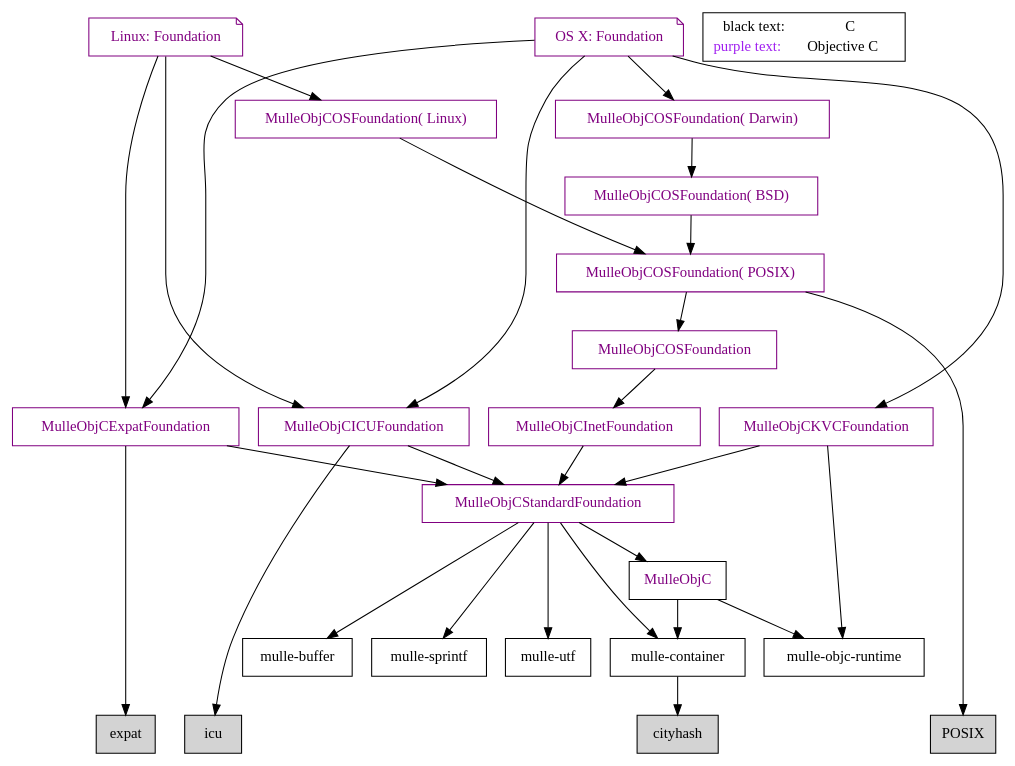
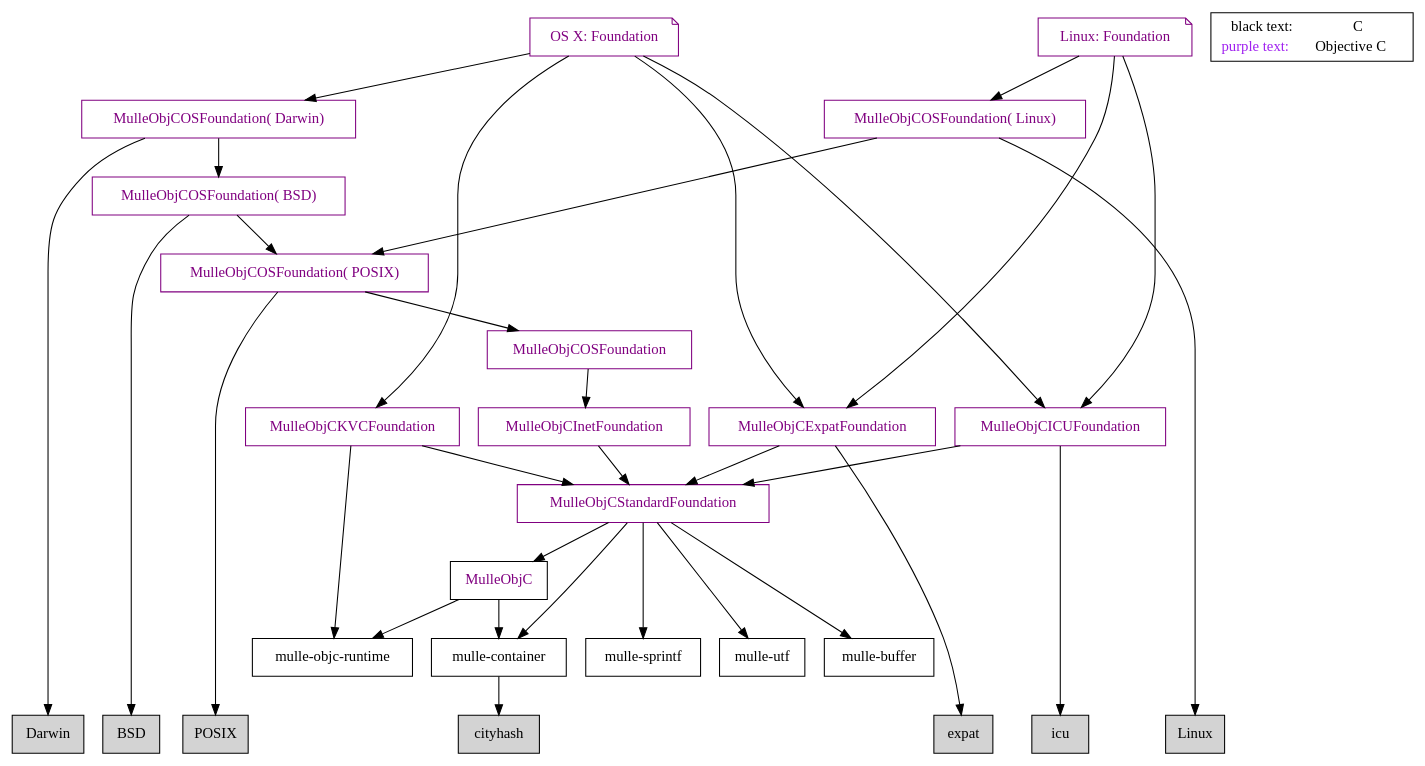
Before and after one commit to MulleFoundation/MulleFoundation: the diagram in dox/MulleFoundation-dependencies.dot, drawn with Graphviz. The commit also changed 3 other files, not shown here.

```diff
--- a/dox/MulleFoundation-dependencies.dot
+++ b/dox/MulleFoundation-dependencies.dot
@@ -1,78 +1,84 @@
 digraph settings
 {
    node [shape="record"];
 
    "mulle-buffer";
    "mulle-container";
    "mulle-sprintf";
    "mulle-objc-runtime";
    "mulle-utf";
 
-   { rank = same; "cityhash", "expat", "icu", "POSIX" };
+   { rank = same; "cityhash", "expat", "icu", "POSIX", "Linux", "BSD", "Darwin" };
    { rank = same; "mulle-objc-runtime", "mulle-buffer", "mulle-utf", "mulle-sprintf", "mulle-container" };
 
+   Darwin                         [ style=filled fillcolor="lightgray" color = "black" ];
+   Linux                          [ style=filled fillcolor="lightgray" color = "black" ];
+   BSD                            [ style=filled fillcolor="lightgray" color = "black" ];
    POSIX                          [ style=filled fillcolor="lightgray" color = "black" ];
    cityhash                       [ style=filled fillcolor="lightgray" color = "black" ];
    expat                          [ style=filled fillcolor="lightgray" color = "black" ];
    icu                            [ style=filled fillcolor="lightgray" color = "black" ];
 
    "mulle-container" -> cityhash;
 
    { rank = same; "MulleObjCKVCFoundation"; "MulleObjCExpatFoundation"; "MulleObjCICUFoundation" }
    { rank = same; "MulleObjCOSFoundation( POSIX)"; }
    { rank = same; "MulleObjCOSFoundation( BSD)"; }
    { rank = same; "MulleObjCOSFoundation( Darwin)", "MulleObjCOSFoundation( Linux)"; }
 
    MulleObjC                         [ fontcolor = "purple"];
    MulleObjCStandardFoundation       [ color = "purple" fontcolor = "purple" ];
    MulleObjCOSFoundation             [ color = "purple" fontcolor = "purple" ];
    MulleObjCInetFoundation           [ color = "purple" fontcolor = "purple" ];
    "MulleObjCOSFoundation( Linux)"   [ color = "purple" fontcolor = "purple" ];
    "MulleObjCOSFoundation( Darwin)"  [ color = "purple" fontcolor = "purple" ];
    "MulleObjCOSFoundation( BSD)"     [ color = "purple" fontcolor = "purple" ];
    "MulleObjCOSFoundation( POSIX)"   [ color = "purple" fontcolor = "purple" ];
    MulleObjCExpatFoundation  [ color = "purple" fontcolor = "purple" ];
    MulleObjCKVCFoundation    [ color = "purple" fontcolor = "purple" ];
    MulleObjCICUFoundation    [ color = "purple" fontcolor = "purple" ];
 
    "OS X: Foundation"        [ color = "purple" fontcolor = "purple" shape = "note" ];
    "Linux: Foundation"       [ color = "purple" fontcolor = "purple" shape = "note" ];
 
  	MulleObjC -> "mulle-objc-runtime";
    MulleObjC -> "mulle-container";
    MulleObjCStandardFoundation -> MulleObjC;
    MulleObjCStandardFoundation -> "mulle-container";
  	MulleObjCStandardFoundation -> "mulle-utf";
    MulleObjCStandardFoundation -> "mulle-sprintf";
    MulleObjCStandardFoundation -> "mulle-buffer";
    MulleObjCInetFoundation -> MulleObjCStandardFoundation;
    MulleObjCKVCFoundation -> MulleObjCStandardFoundation;
    MulleObjCKVCFoundation -> "mulle-objc-runtime";
    MulleObjCExpatFoundation -> MulleObjCStandardFoundation;
    MulleObjCExpatFoundation -> expat;
    MulleObjCICUFoundation -> MulleObjCStandardFoundation;
    MulleObjCICUFoundation -> icu;
    "MulleObjCOSFoundation"  -> MulleObjCInetFoundation;
 
+   "MulleObjCOSFoundation( BSD)"    -> BSD;
+   "MulleObjCOSFoundation( Darwin)" -> Darwin;
+   "MulleObjCOSFoundation( Linux)"  -> Linux;
+   "MulleObjCOSFoundation( POSIX)"  -> POSIX;
    "MulleObjCOSFoundation( POSIX)"  -> MulleObjCOSFoundation;
-   "MulleObjCOSFoundation( POSIX)"  -> POSIX;
    "MulleObjCOSFoundation( BSD)"    -> "MulleObjCOSFoundation( POSIX)";
    "MulleObjCOSFoundation( Darwin)" -> "MulleObjCOSFoundation( BSD)";
    "MulleObjCOSFoundation( Linux)"  -> "MulleObjCOSFoundation( POSIX)";
 
    "Linux: Foundation" -> "MulleObjCOSFoundation( Linux)";
    "Linux: Foundation" -> MulleObjCExpatFoundation;
    "Linux: Foundation" -> MulleObjCICUFoundation;
    "OS X: Foundation" -> "MulleObjCOSFoundation( Darwin)";
    "OS X: Foundation" -> MulleObjCExpatFoundation;
    "OS X: Foundation" -> MulleObjCKVCFoundation;
    "OS X: Foundation" -> MulleObjCICUFoundation;
 
  	subgraph legend {
     label = "Legend";
     key [label=<<table border="0" cellpadding="2" cellspacing="0" cellborder="0">
 			       <tr><td align="right"><font color="#000000">black text:</font></td><td>C</td></tr>
 			       <tr><td align="right"><font color="#a020f0">purple text:</font></td><td>Objective C</td></tr>
 			      </table>>]
  	}
 }
```
